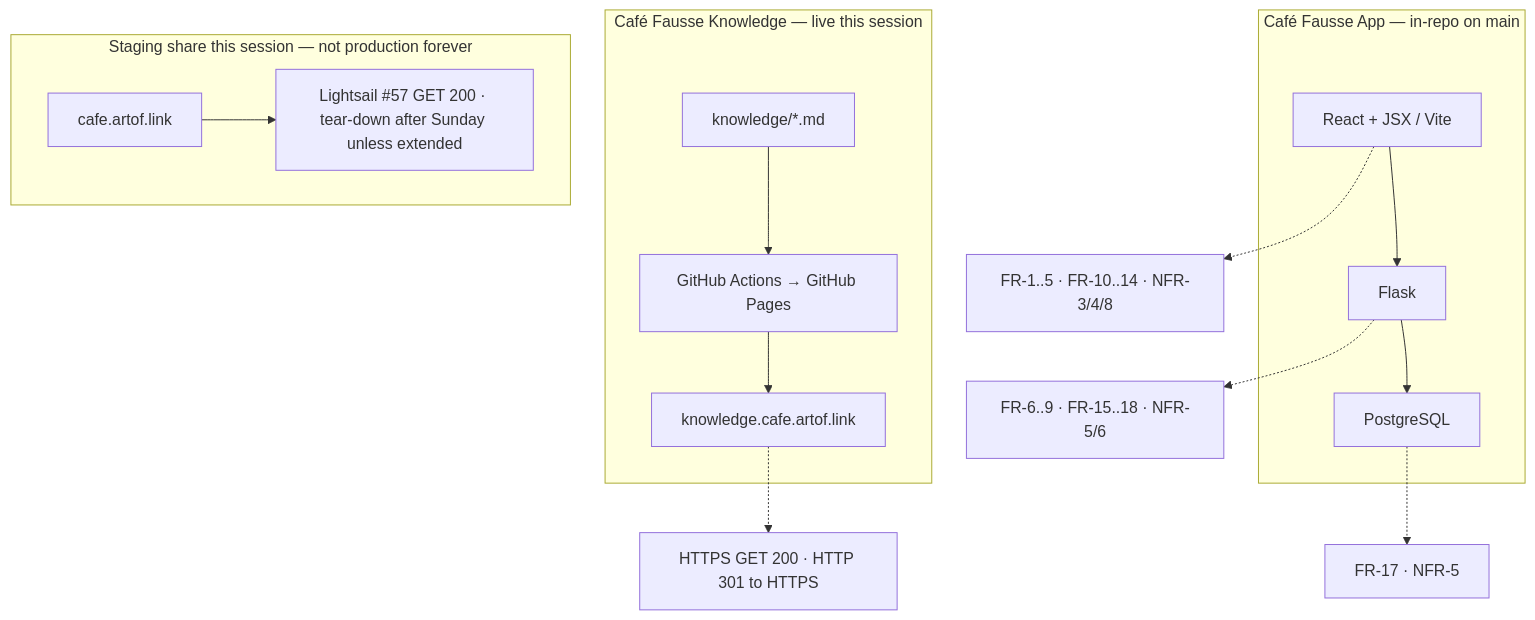
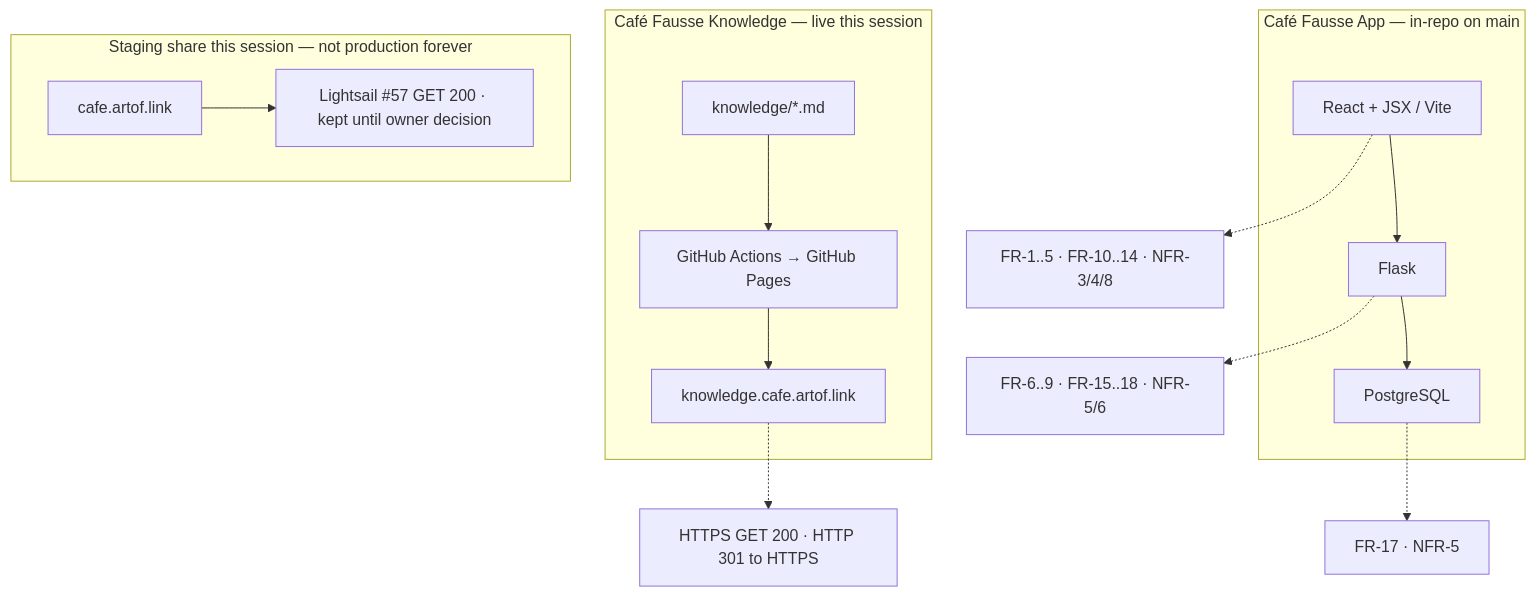
Before and after one commit to artofdream/aea-interactive-design: the second of 3 diagrams in knowledge/presentation.md, drawn with Mermaid. The commit also changed 12 other files, not shown here.

First line of the commit message:
docs(honesty): staging stays up until owner tear-down (#77)

````diff
--- a/knowledge/presentation.md
+++ b/knowledge/presentation.md
@@ -71,18 +71,18 @@
 ```mermaid
 flowchart TB
  subgraph K["Café Fausse Knowledge — live this session"]
  MD["knowledge/*.md"] --> BUILD["GitHub Actions → GitHub Pages"]
  BUILD --> KH["knowledge.cafe.artof.link"]
  end
  subgraph L["Café Fausse App — in-repo on main"]
  RE["React + JSX / Vite"] --> FL["Flask"]
  FL --> DB["PostgreSQL"]
  end
  subgraph N["Staging share this session — not production forever"]
- CAFE["cafe.artof.link"] --> LS["Lightsail #57 GET 200 · tear-down after Sunday unless extended"]
+ CAFE["cafe.artof.link"] --> LS["Lightsail #57 GET 200 · kept until owner decision"]
  end
  KH -.-> OK["HTTPS GET 200 · HTTP 301 to HTTPS"]
  RE -.-> FRUX["FR-1..5 · FR-10..14 · NFR-3/4/8"]
  FL -.-> FRAPI["FR-6..9 · FR-15..18 · NFR-5/6"]
  DB -.-> FRDB["FR-17 · NFR-5"]
 ```
````
